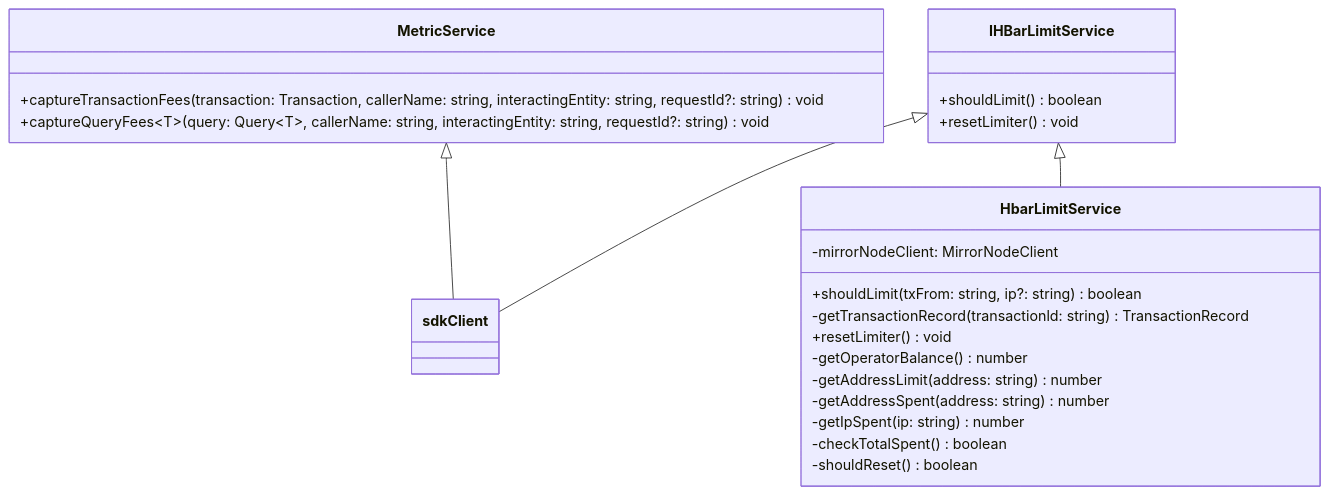
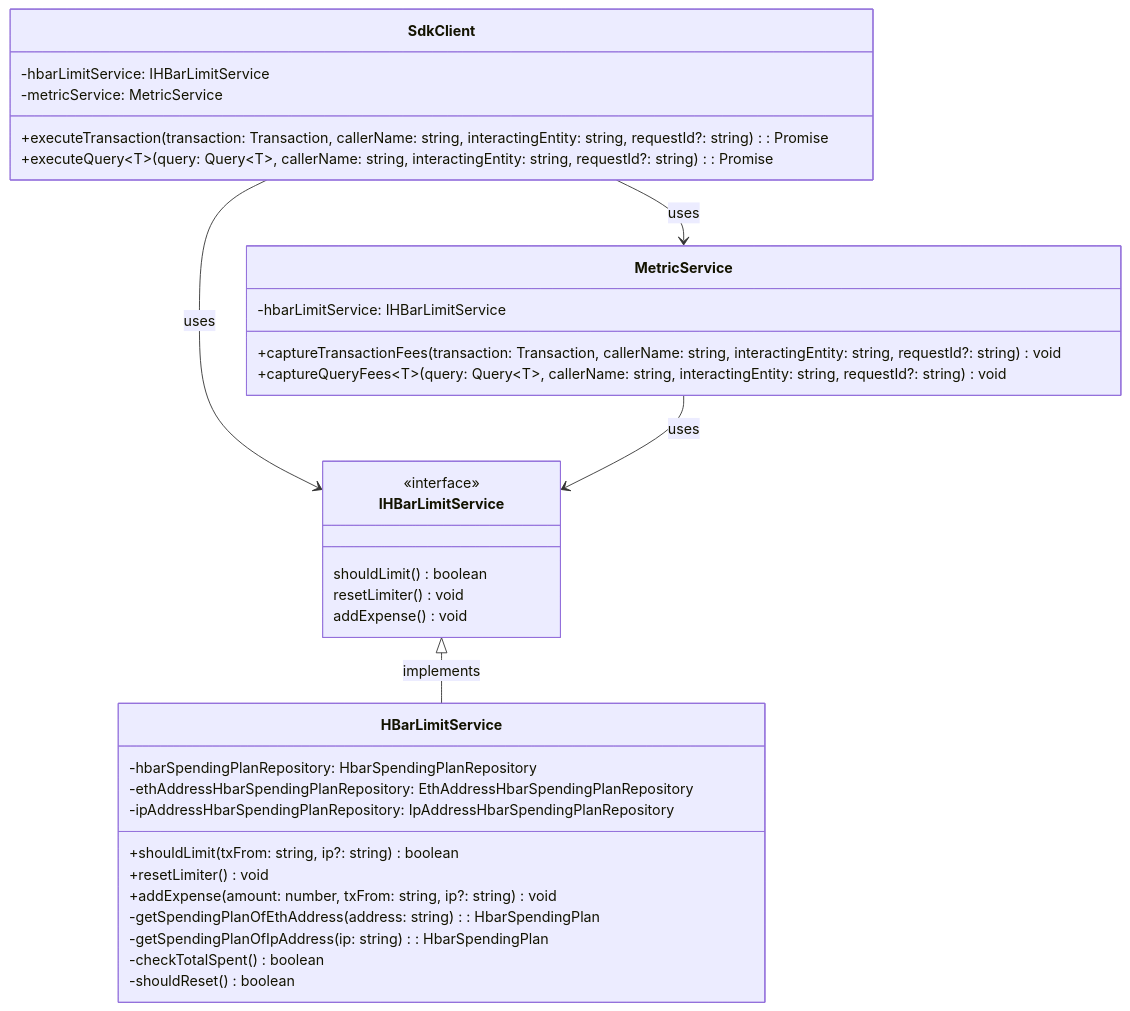
The first of 2 diagrams in docs/design/hbar-limiter.md (async-knightbgt7/hiero-json-rpc-relay), drawn with Mermaid before and after one commit. The commit also changed other lines of this file, not shown here.

First line of the commit message:
docs: Add class diagram for the database schema of the hbar limiter redesign (#2884)

````diff
--- a/docs/design/hbar-limiter.md
+++ b/docs/design/hbar-limiter.md
@@ -58,31 +60,39 @@
 ```mermaid
 classDiagram
-    class sdkClient
+    class SdkClient {
+        -hbarLimitService: IHBarLimitService
+        -metricService: MetricService
+        +executeTransaction(transaction: Transaction, callerName: string, interactingEntity: string, requestId?: string): Promise<TransactionId>
+        +executeQuery~T~(query: Query~T~, callerName: string, interactingEntity: string, requestId?: string): Promise<Query~T~>
+    }
 
     class MetricService {
+      -hbarLimitService: IHBarLimitService
       +captureTransactionFees(transaction: Transaction, callerName: string, interactingEntity: string, requestId?: string) void
       +captureQueryFees~T~(query: Query~T~, callerName: string, interactingEntity: string, requestId?: string) void
     }
 
-    MetricService <|-- sdkClient
-
-    class HbarLimitService {
-        -mirrorNodeClient: MirrorNodeClient
+    class HBarLimitService {
+        -hbarSpendingPlanRepository: HbarSpendingPlanRepository
+        -ethAddressHbarSpendingPlanRepository: EthAddressHbarSpendingPlanRepository
+        -ipAddressHbarSpendingPlanRepository: IpAddressHbarSpendingPlanRepository
         +shouldLimit(txFrom: string, ip?: string) boolean
-        -getTransactionRecord(transactionld: string) TransactionRecord
         +resetLimiter() void
-        -getOperatorBalance() number
-        -getAddressLimit(address: string) number
-        -getAddressSpent(address: string) number
-        -getIpSpent(ip: string) number
+        +addExpense(amount: number, txFrom: string, ip?: string) void
+        -getSpendingPlanOfEthAddress(address: string): HbarSpendingPlan
+        -getSpendingPlanOfIpAddress(ip: string): HbarSpendingPlan
         -checkTotalSpent() boolean
         -shouldReset() boolean
     }
     
-    class IHBarLimitService {
-      +shouldLimit() boolean
-      +resetLimiter() void
-    }
-    IHBarLimitService <|-- sdkClient
-    IHBarLimitService <|-- HbarLimitService
+    class IHBarLimitService
+    <<interface>> IHBarLimitService
+    IHBarLimitService : shouldLimit() boolean
+    IHBarLimitService : resetLimiter() void
+    IHBarLimitService : addExpense() void
+
+    SdkClient --> MetricService : uses
+    SdkClient --> IHBarLimitService : uses
+    MetricService --> IHBarLimitService : uses
+    IHBarLimitService <|-- HBarLimitService: implements
 ```
````
